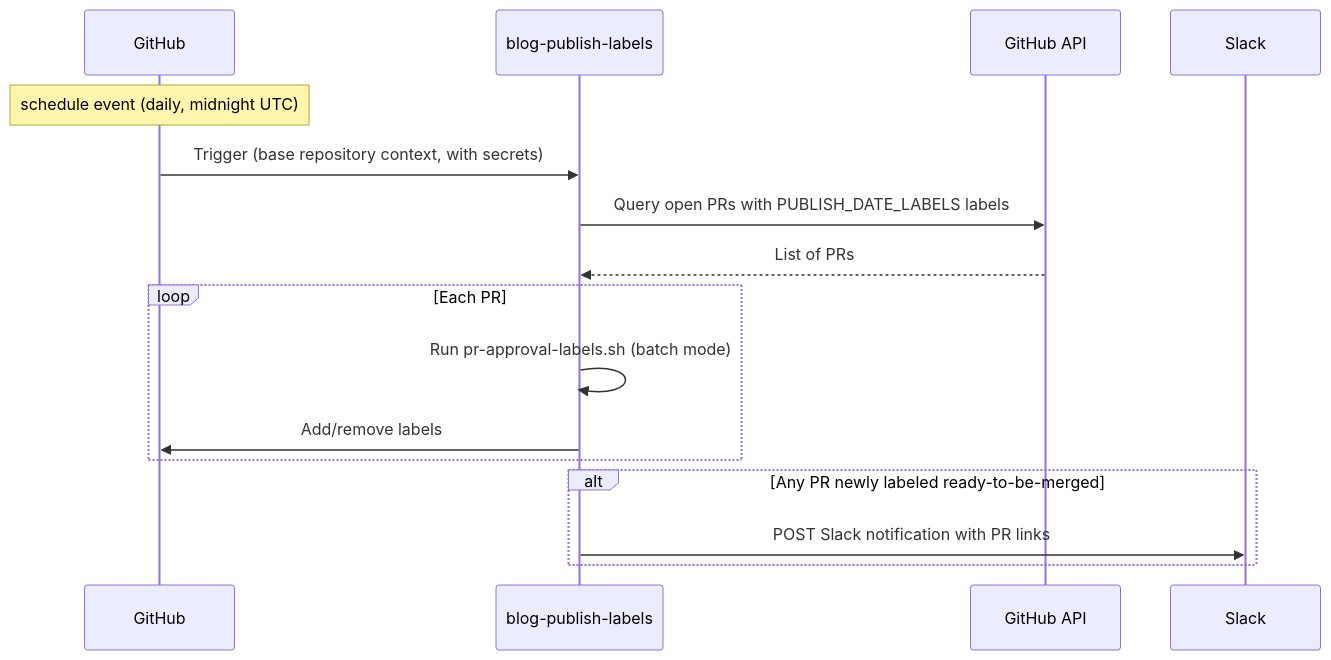
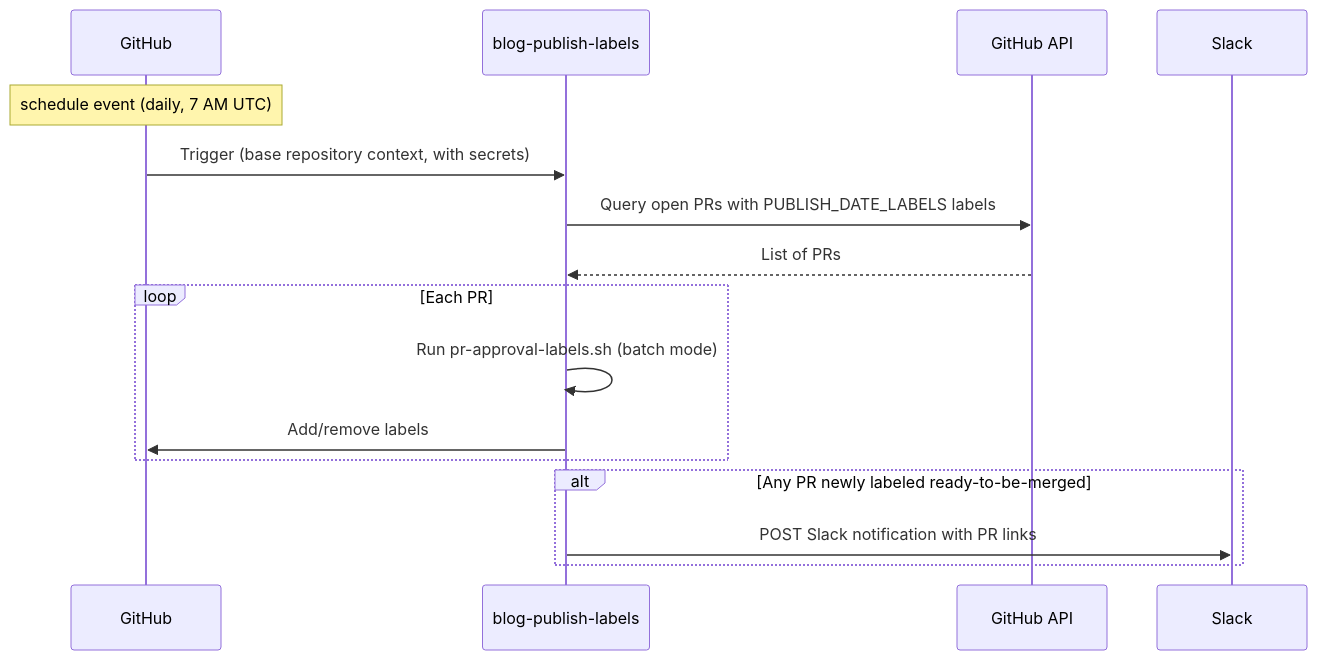
Before and after one commit to open-telemetry/opentelemetry.io: the third of 3 diagrams in content/en/site/build/ci-workflows.md, drawn with Mermaid. The commit also changed other lines of this file and 1 other file, not shown here.

````diff
--- a/content/en/site/build/ci-workflows.md
+++ b/content/en/site/build/ci-workflows.md
@@ -187,20 +206,20 @@
 ```mermaid
 sequenceDiagram
     participant GH as GitHub
     participant B as blog-publish-labels
     participant API as GitHub API
     participant S as Slack
 
-    Note over GH: schedule event (daily, midnight UTC)
+    Note over GH: schedule event (daily, 7 AM UTC)
 
     GH->>B: Trigger (base repository context, with secrets)
     B->>API: Query open PRs with PUBLISH_DATE_LABELS labels
     API-->>B: List of PRs
     loop Each PR
         B->>B: Run pr-approval-labels.sh (batch mode)
         B->>GH: Add/remove labels
     end
     alt Any PR newly labeled ready-to-be-merged
         B->>S: POST Slack notification with PR links
     end
 ```
````
